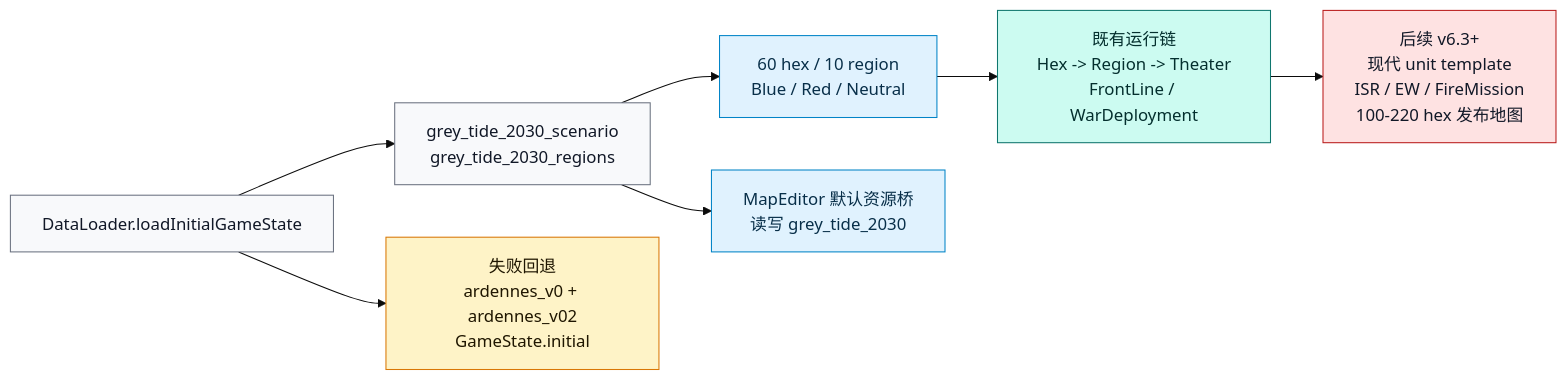
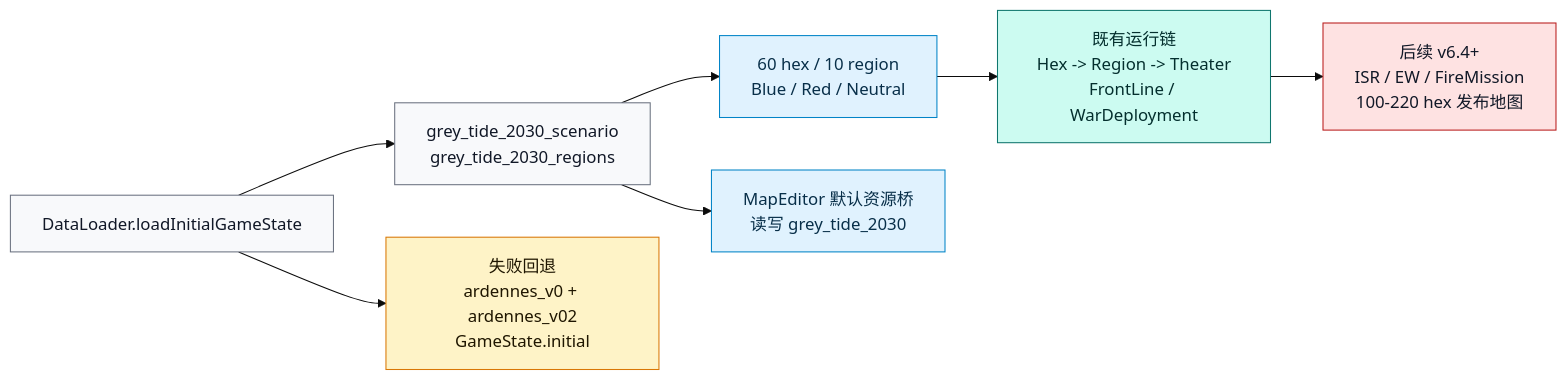
Before and after one commit to Altman-sam114/127: the fourth of 13 diagrams in md/flow/flowchart.md, drawn with Mermaid (base theme). The commit also changed other lines of this file and 25 other files, not shown here.

````diff
--- a/md/flow/flowchart.md
+++ b/md/flow/flowchart.md
@@ -115,21 +115,21 @@
 ```mermaid
 flowchart LR
     ENTRY["DataLoader.loadInitialGameState"]:::data
     GREY["grey_tide_2030_scenario<br/>grey_tide_2030_regions"]:::data
     MAP["60 hex / 10 region<br/>Blue / Red / Neutral"]:::state
     EDITOR["MapEditor 默认资源桥<br/>读写 grey_tide_2030"]:::state
     PIPE["既有运行链<br/>Hex -> Region -> Theater<br/>FrontLine / WarDeployment"]:::rules
     FALLBACK["失败回退<br/>ardennes_v0 + ardennes_v02<br/>GameState.initial"]:::legacy
-    TODO["后续 v6.3+<br/>现代 unit template<br/>ISR / EW / FireMission<br/>100-220 hex 发布地图"]:::risk
+    TODO["后续 v6.4+<br/>ISR / EW / FireMission<br/>100-220 hex 发布地图"]:::risk
 
     ENTRY --> GREY --> MAP --> PIPE
     GREY --> EDITOR
     ENTRY --> FALLBACK
     PIPE --> TODO
 
     classDef data fill:#f8f9fb,stroke:#6b7280,color:#111827
     classDef state fill:#e0f2fe,stroke:#0284c7,color:#082f49
     classDef rules fill:#ccfbf1,stroke:#0f766e,color:#042f2e
     classDef legacy fill:#fef3c7,stroke:#d97706,color:#1f1600
     classDef risk fill:#fee2e2,stroke:#b91c1c,color:#111827
 ```
````
